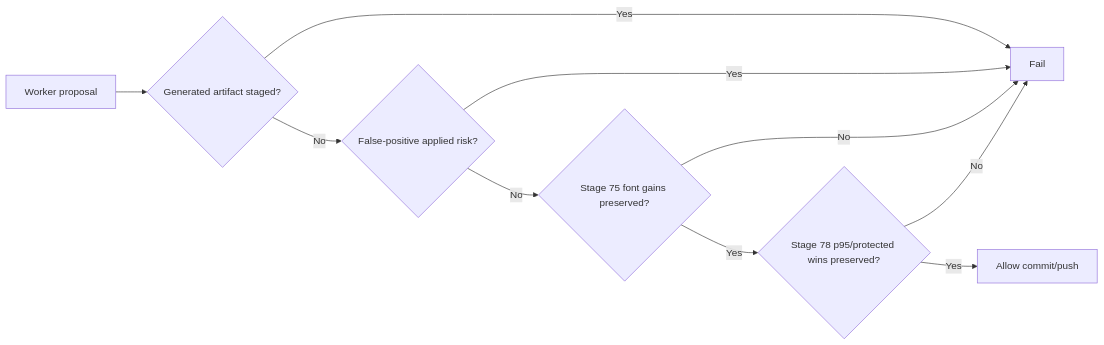
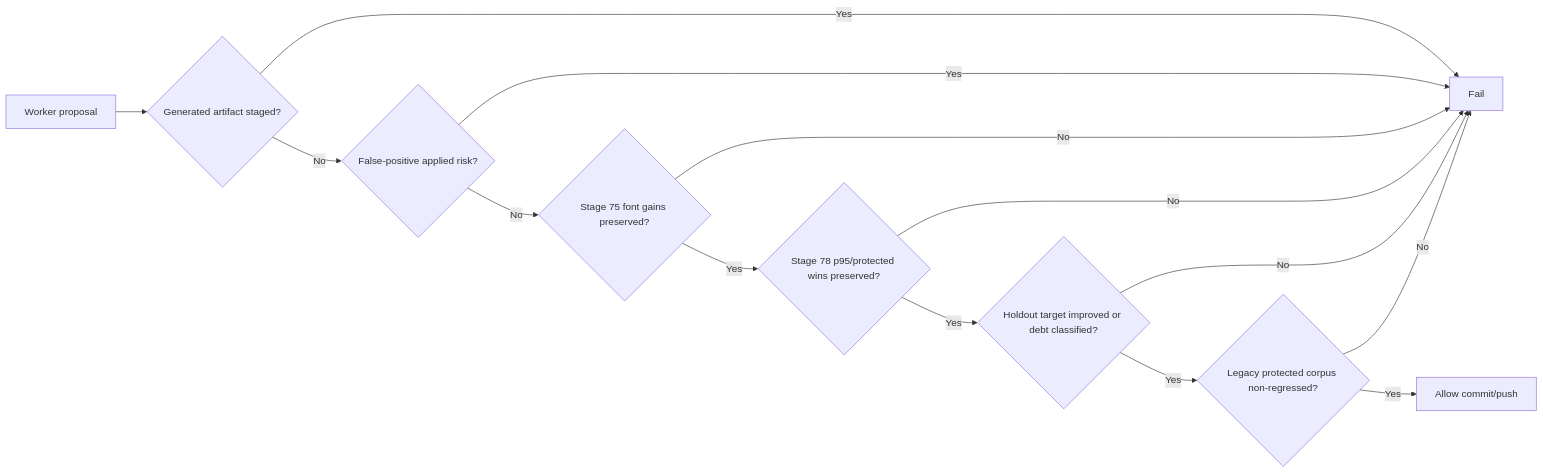
One commit to fourtytwo42/PDFAF_v2 changed the fourth of 4 diagrams in docs/codex-stage-flow.md. Above: the diagram before and after it, drawn with Mermaid. The commit also changed other lines of this file and 1 other file, not shown here.

Commit message:
Align evolve runner with corpus loop

````diff
--- a/docs/codex-stage-flow.md
+++ b/docs/codex-stage-flow.md
@@ -65,12 +95,16 @@
 ```mermaid
 flowchart LR
   A[Worker proposal] --> B{Generated artifact staged?}
   B -- Yes --> X[Fail]
   B -- No --> C{False-positive applied risk?}
   C -- Yes --> X
   C -- No --> D{Stage 75 font gains preserved?}
   D -- No --> X
   D -- Yes --> E{Stage 78 p95/protected wins preserved?}
   E -- No --> X
-  E -- Yes --> F[Allow commit/push]
+  E -- Yes --> F{Holdout target improved or debt classified?}
+  F -- No --> X
+  F -- Yes --> G{Legacy protected corpus non-regressed?}
+  G -- No --> X
+  G -- Yes --> H[Allow commit/push]
 ```
````
